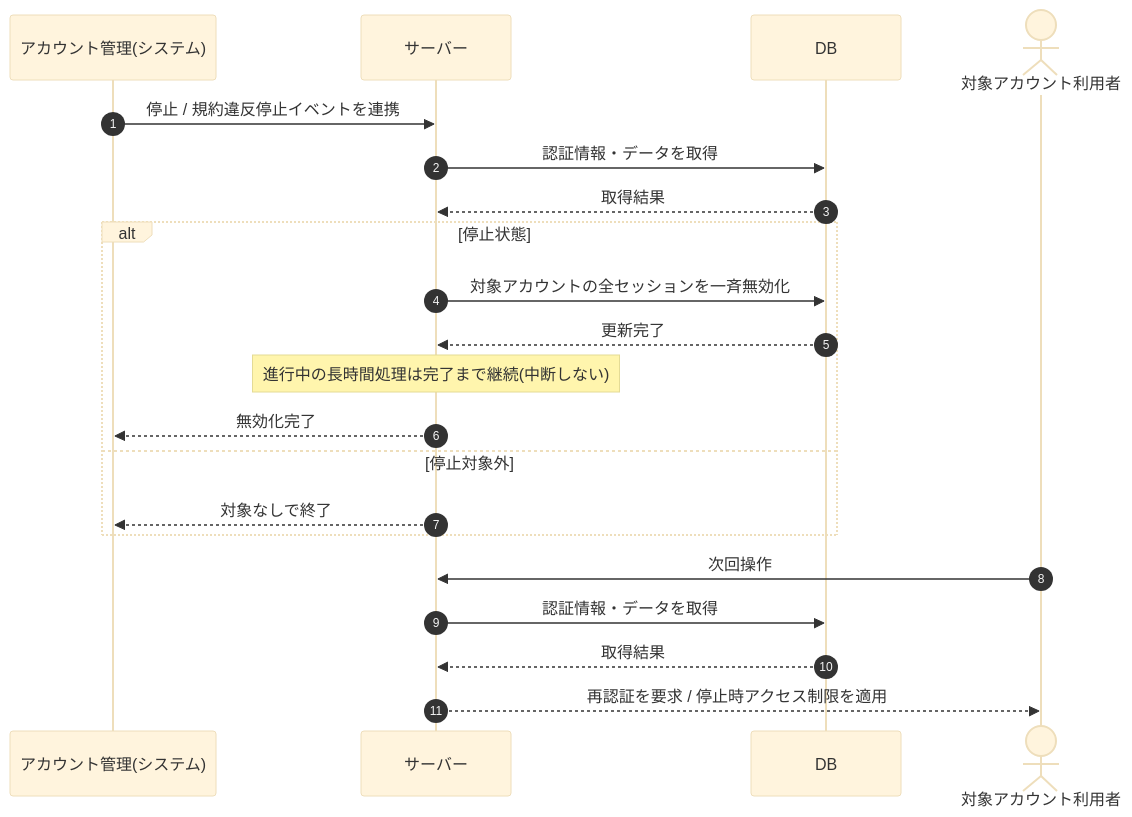
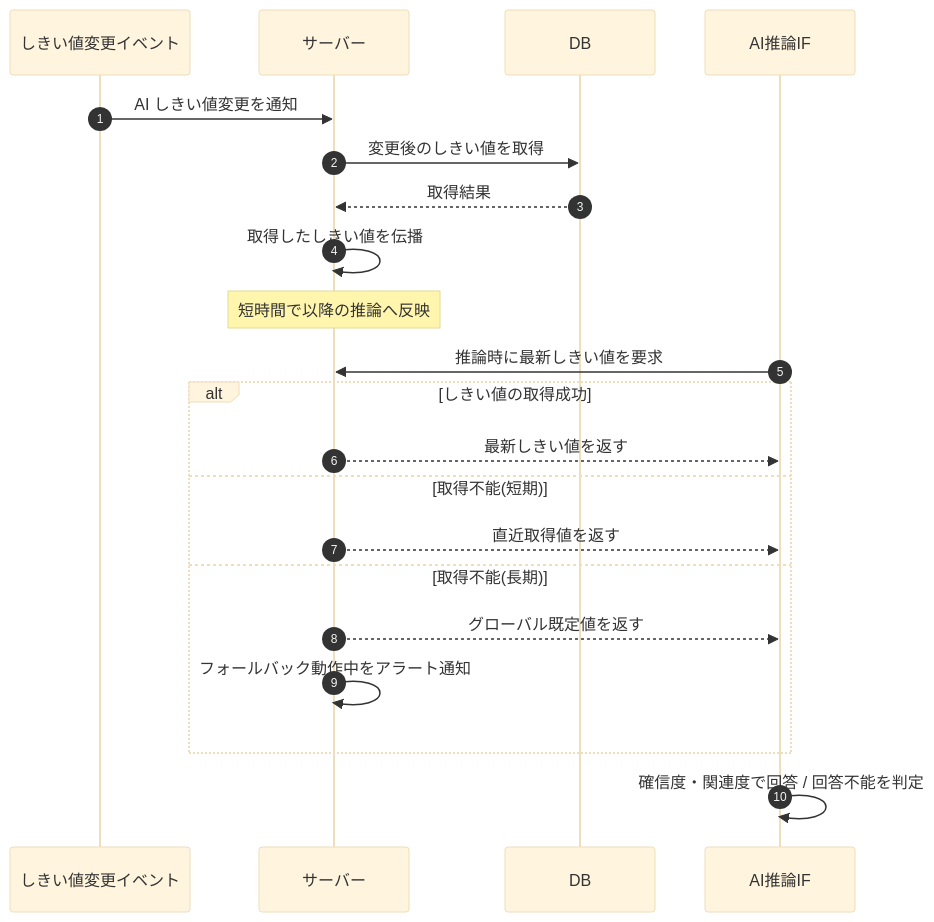
Before and after one commit to sikakou54/open-faq: the diagram in 02_basic_design/03_sequences/SEQ-102.md, drawn with Mermaid (base theme). The commit also changed other lines of this file and 99 other files, not shown here.

````diff
--- a/02_basic_design/03_sequences/SEQ-102.md
+++ b/02_basic_design/03_sequences/SEQ-102.md
@@ -25,23 +25,23 @@
 ```mermaid
 sequenceDiagram
   autonumber
-  participant OP as アカウント管理(システム)
+  participant E as しきい値変更イベント
   participant Server as サーバー
   participant DB as DB
-  actor U as 対象アカウント利用者
-  OP->>Server: 停止 / 規約違反停止イベントを連携
-  Server->>DB: 認証情報・データを取得
+  participant AI as AI推論IF
+  E->>Server: AI しきい値変更を通知
+  Server->>DB: 変更後のしきい値を取得
   DB-->>Server: 取得結果
-  alt 停止状態
-    Server->>DB: 対象アカウントの全セッションを一斉無効化
-    DB-->>Server: 更新完了
-    Note over Server: 進行中の長時間処理は完了まで継続(中断しない)
-    Server-->>OP: 無効化完了
-  else 停止対象外
-    Server-->>OP: 対象なしで終了
+  Server->>Server: 取得したしきい値を伝播
+  Note over Server: 短時間で以降の推論へ反映
+  AI->>Server: 推論時に最新しきい値を要求
+  alt しきい値の取得成功
+    Server-->>AI: 最新しきい値を返す
+  else 取得不能(短期)
+    Server-->>AI: 直近取得値を返す
+  else 取得不能(長期)
+    Server-->>AI: グローバル既定値を返す
+    Server->>Server: フォールバック動作中をアラート通知
   end
-  U->>Server: 次回操作
-  Server->>DB: 認証情報・データを取得
-  DB-->>Server: 取得結果
-  Server-->>U: 再認証を要求 / 停止時アクセス制限を適用
+  AI->>AI: 確信度・関連度で回答 / 回答不能を判定
 ```
````
